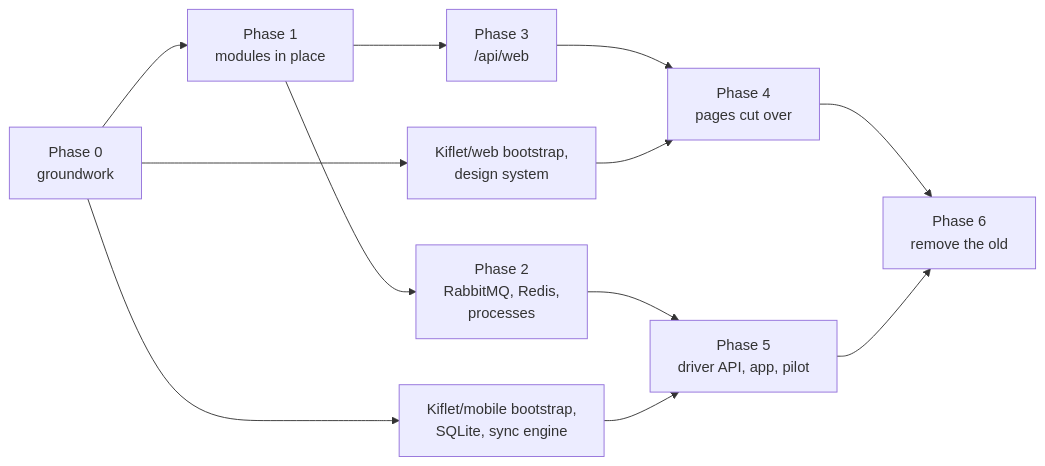
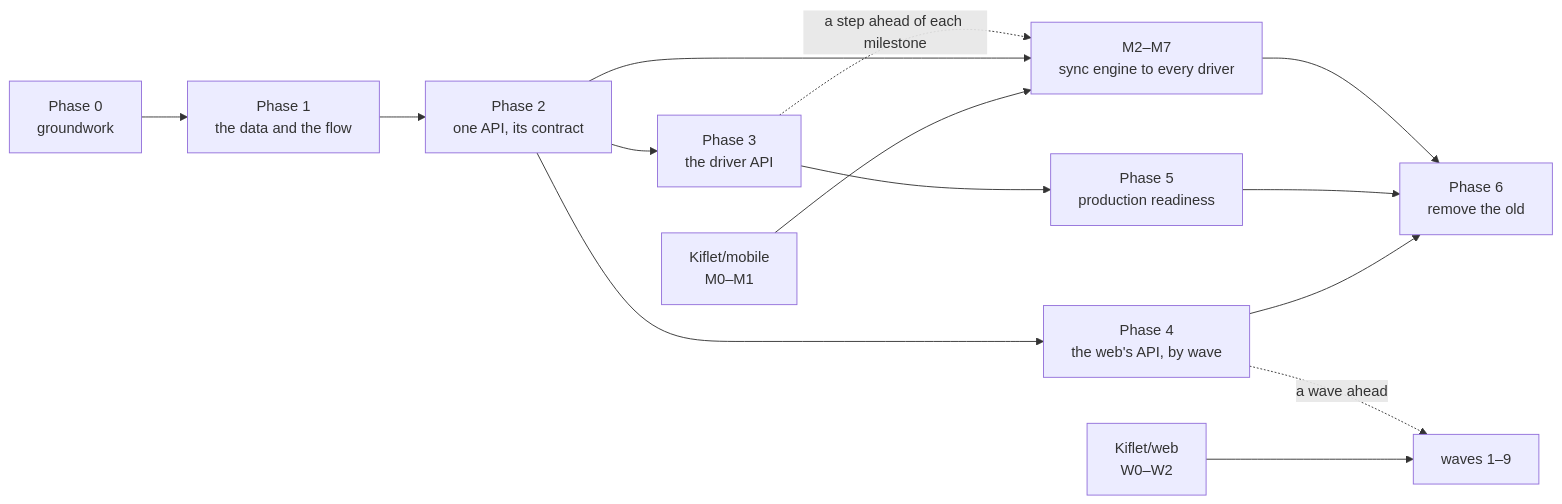
The diagram in docs/migration.md (Kiflet/backend), drawn with Mermaid before and after one commit. The commit also changed other lines of this file and 19 other files, not shown here.

````diff
--- a/docs/migration.md
+++ b/docs/migration.md
@@ -667,14 +656,16 @@
 ```mermaid
 flowchart LR
-  P0["Phase 0<br/>groundwork"] --> P1["Phase 1<br/>modules in place"]
-  P1 --> P2["Phase 2<br/>RabbitMQ, Redis,<br/>processes"]
-  P1 --> P3["Phase 3<br/>/api/web"]
-  P0 --> W0["Kiflet/web bootstrap,<br/>design system"]
-  P0 --> M0["Kiflet/mobile bootstrap,<br/>SQLite, sync engine"]
-  P3 --> P4["Phase 4<br/>pages cut over"]
-  W0 --> P4
-  P2 --> P5["Phase 5<br/>driver API, app, pilot"]
-  M0 --> P5
+  P0["Phase 0<br/>groundwork"] --> P1["Phase 1<br/>the data and the flow"]
+  P1 --> P2["Phase 2<br/>one API, its contract"]
+  P2 --> P3["Phase 3<br/>the driver API"]
+  P2 --> P4["Phase 4<br/>the web's API, by wave"]
+  M01["Kiflet/mobile<br/>M0–M1"] --> MOB["M2–M7<br/>sync engine to every driver"]
+  P2 --> MOB
+  P3 -. "a step ahead of each milestone" .-> MOB
+  W02["Kiflet/web<br/>W0–W2"] --> WEB["waves 1–9"]
+  P4 -. "a wave ahead" .-> WEB
+  P3 --> P5["Phase 5<br/>production readiness"]
   P4 --> P6["Phase 6<br/>remove the old"]
   P5 --> P6
+  MOB --> P6
 ```
````
